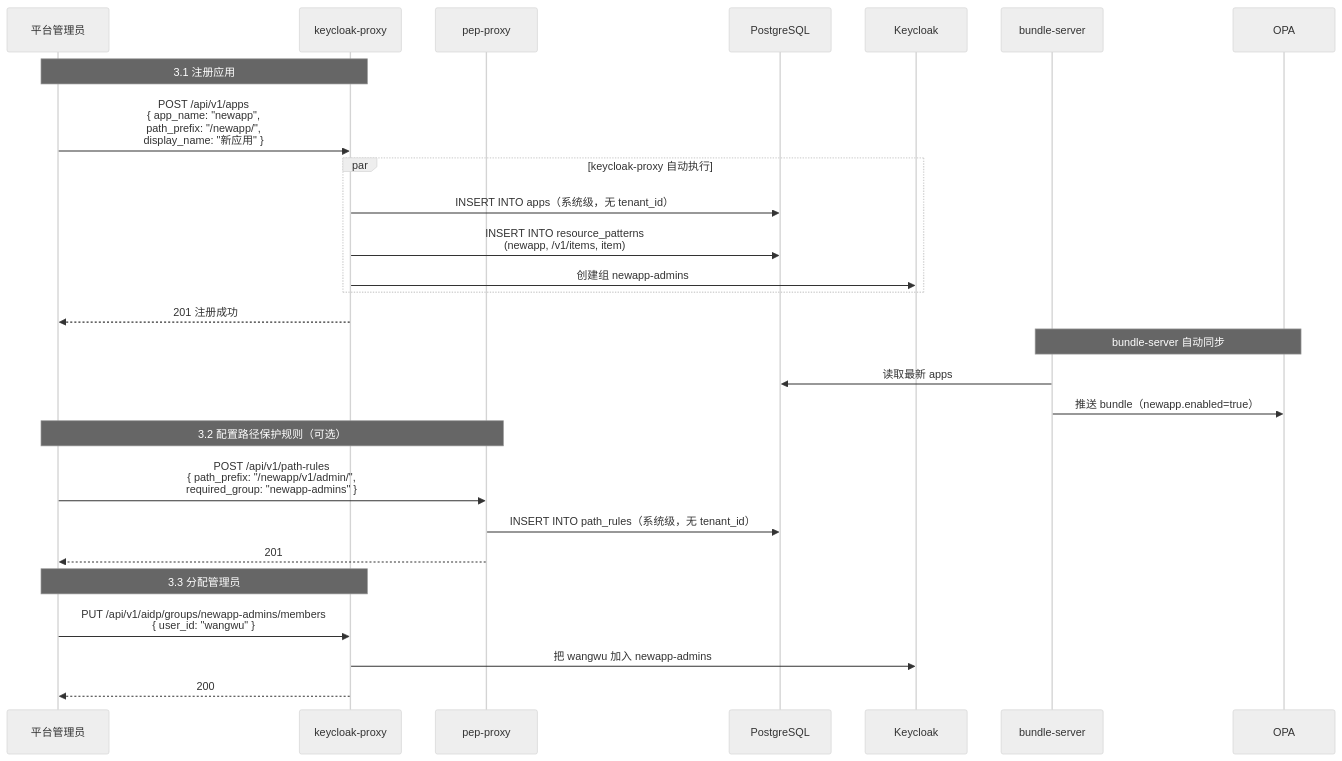
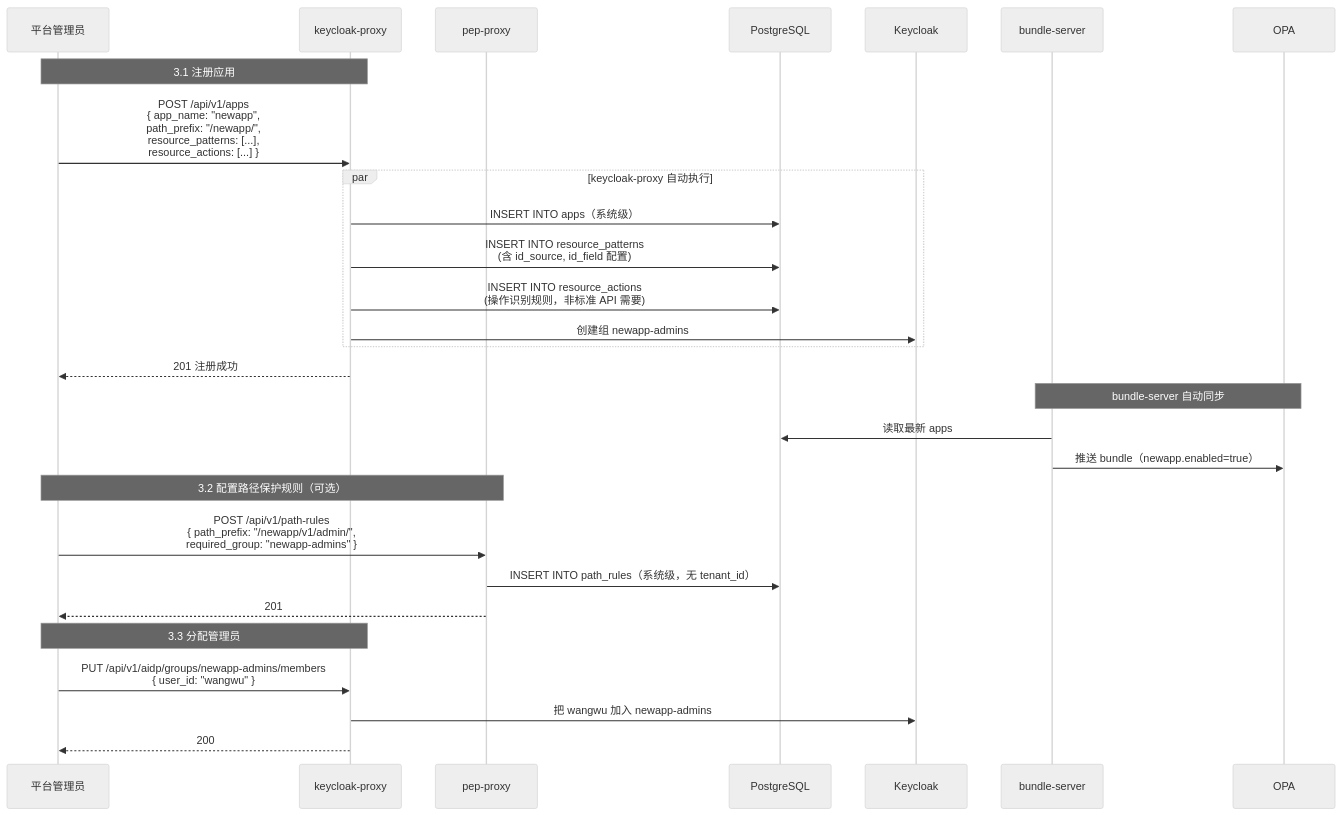
Before and after one commit to xiewanchao/aidp-iam: the fourth of 10 diagrams in diagrams/onboarding-flow.md, drawn with Mermaid (neutral theme). The commit also changed other lines of this file and 2 other files, not shown here.

First line of the commit message:
docs: add app integration guide and flexible API adaptation design

````diff
--- a/diagrams/onboarding-flow.md
+++ b/diagrams/onboarding-flow.md
@@ -101,38 +121,39 @@
 ```mermaid
 sequenceDiagram
     participant ADMIN as 平台管理员
     participant KP as keycloak-proxy
     participant PP as pep-proxy
     participant PG as PostgreSQL
     participant KC as Keycloak
     participant BS as bundle-server
     participant OPA as OPA
 
     Note over ADMIN,KP: 3.1 注册应用
 
-    ADMIN->>KP: POST /api/v1/apps<br/>{ app_name: "newapp",<br/>  path_prefix: "/newapp/",<br/>  display_name: "新应用" }
+    ADMIN->>KP: POST /api/v1/apps<br/>{ app_name: "newapp",<br/>  path_prefix: "/newapp/",<br/>  resource_patterns: [...],<br/>  resource_actions: [...] }
 
     par keycloak-proxy 自动执行
-        KP->>PG: INSERT INTO apps（系统级，无 tenant_id）
-        KP->>PG: INSERT INTO resource_patterns<br/>(newapp, /v1/items, item)
+        KP->>PG: INSERT INTO apps（系统级）
+        KP->>PG: INSERT INTO resource_patterns<br/>(含 id_source, id_field 配置)
+        KP->>PG: INSERT INTO resource_actions<br/>(操作识别规则，非标准 API 需要)
         KP->>KC: 创建组 newapp-admins
     end
 
     KP-->>ADMIN: 201 注册成功
 
     Note over BS,OPA: bundle-server 自动同步
     BS->>PG: 读取最新 apps
     BS->>OPA: 推送 bundle（newapp.enabled=true）
 
     Note over ADMIN,PP: 3.2 配置路径保护规则（可选）
 
     ADMIN->>PP: POST /api/v1/path-rules<br/>{ path_prefix: "/newapp/v1/admin/",<br/>  required_group: "newapp-admins" }
     PP->>PG: INSERT INTO path_rules（系统级，无 tenant_id）
     PP-->>ADMIN: 201
 
     Note over ADMIN,KP: 3.3 分配管理员
 
     ADMIN->>KP: PUT /api/v1/aidp/groups/newapp-admins/members<br/>{ user_id: "wangwu" }
     KP->>KC: 把 wangwu 加入 newapp-admins
     KP-->>ADMIN: 200
 ```
````
